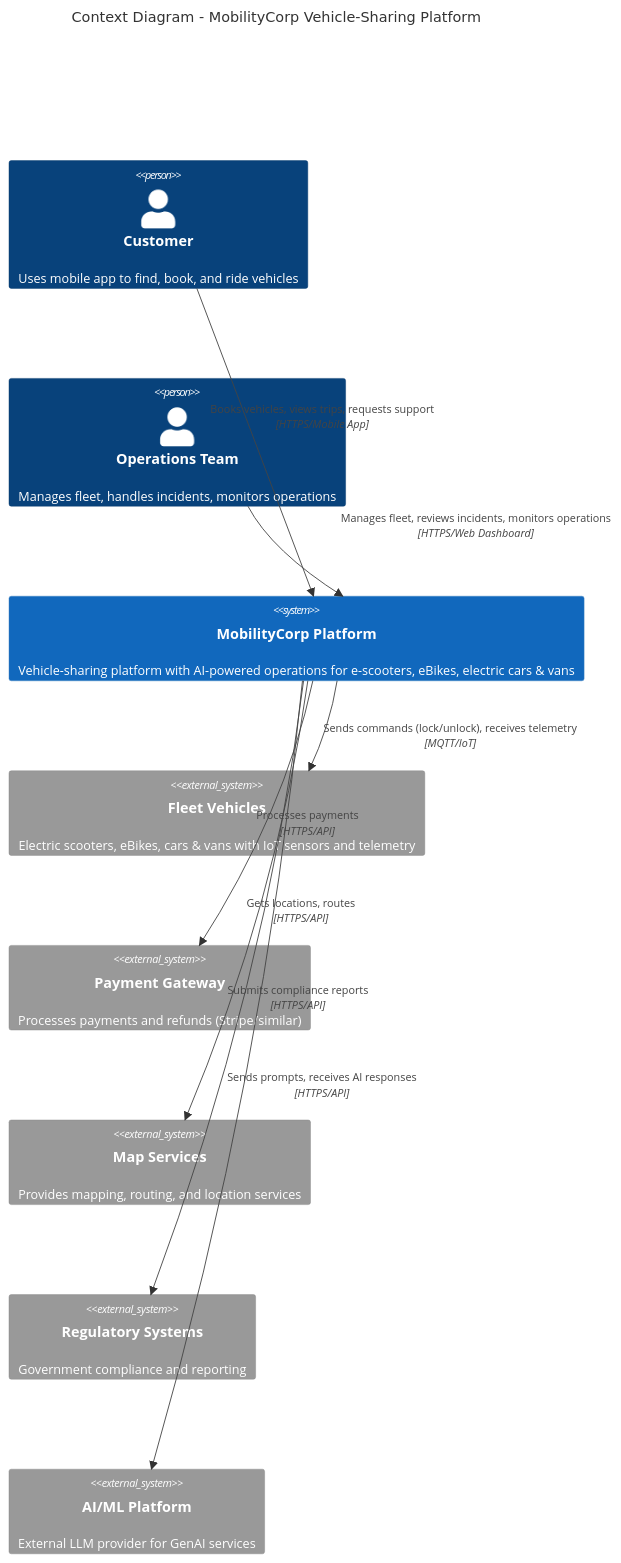
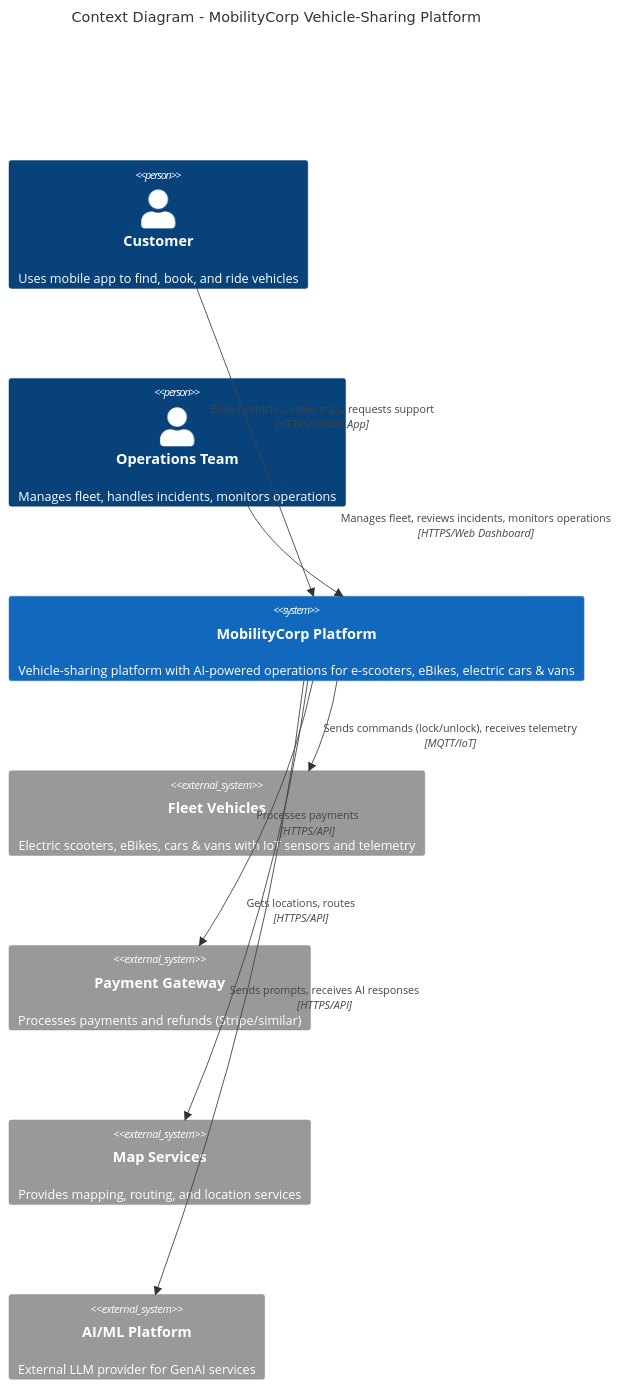
One commit to vanderleisilva/uncacheable changed the diagram in resources/diagrams/context/context-diagram.md. Above: the diagram before and after it, drawn with Mermaid. The commit also changed other lines of this file, not shown here.

Commit message:
Removal of regulatory system

````diff
--- a/resources/diagrams/context/context-diagram.md
+++ b/resources/diagrams/context/context-diagram.md
@@ -19,27 +18,25 @@
 ```mermaid
 C4Context
     title Context Diagram - MobilityCorp Vehicle-Sharing Platform
 
     Person(customer, "Customer", "Uses mobile app to find, book, and ride vehicles")
     Person(ops_team, "Operations Team", "Manages fleet, handles incidents, monitors operations")
 
     System(mobility_system, "MobilityCorp Platform", "Vehicle-sharing platform with AI-powered operations for e-scooters, eBikes, electric cars & vans")
 
     System_Ext(vehicles, "Fleet Vehicles", "Electric scooters, eBikes, cars & vans with IoT sensors and telemetry")
     System_Ext(payment, "Payment Gateway", "Processes payments and refunds (Stripe/similar)")
     System_Ext(maps, "Map Services", "Provides mapping, routing, and location services")
-    System_Ext(regulatory, "Regulatory Systems", "Government compliance and reporting")
     System_Ext(llm_provider, "AI/ML Platform", "External LLM provider for GenAI services")
 
     Rel(customer, mobility_system, "Books vehicles, views trips, requests support", "HTTPS/Mobile App")
     Rel(ops_team, mobility_system, "Manages fleet, reviews incidents, monitors operations", "HTTPS/Web Dashboard")
 
     Rel(mobility_system, vehicles, "Sends commands (lock/unlock), receives telemetry", "MQTT/IoT")
     Rel(mobility_system, payment, "Processes payments", "HTTPS/API")
     Rel(mobility_system, maps, "Gets locations, routes", "HTTPS/API")
-    Rel(mobility_system, regulatory, "Submits compliance reports", "HTTPS/API")
     Rel(mobility_system, llm_provider, "Sends prompts, receives AI responses", "HTTPS/API")
 
     UpdateRelStyle(customer, mobility_system, $offsetY="-40", $offsetX="-50")
     UpdateRelStyle(ops_team, mobility_system, $offsetY="-40", $offsetX="50")
 ```
````
